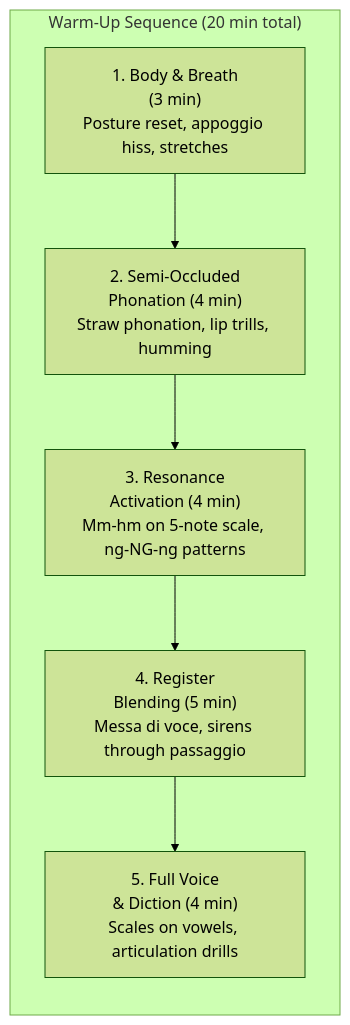
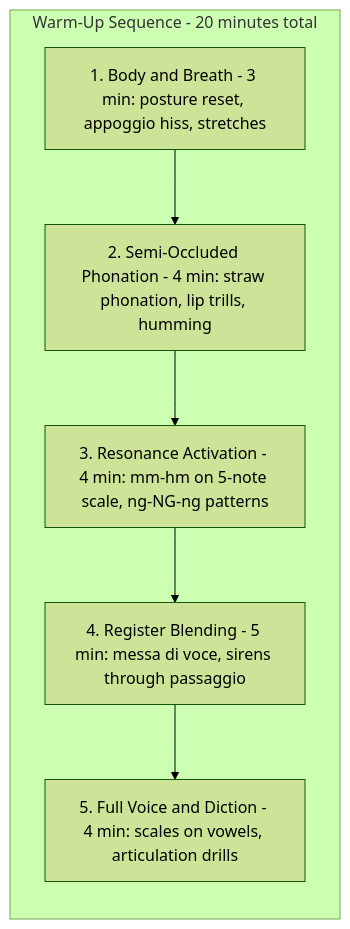
Before and after one commit to blebleblee/synapse: the second of 3 diagrams in topics/arts/music_performance/vocals/lesson_04_repertoire_and_style.md, drawn with Mermaid (forest theme). The commit also changed other lines of this file and 4 other files, not shown here.

````diff
--- a/topics/arts/music_performance/vocals/lesson_04_repertoire_and_style.md
+++ b/topics/arts/music_performance/vocals/lesson_04_repertoire_and_style.md
@@ -209,11 +200,11 @@
 ```mermaid
 graph LR
-    subgraph sub_warmup ["Warm-Up Sequence (20 min total)"]
-        A["1. Body & Breath\n(3 min)\nPosture reset, appoggio hiss, stretches"]
-        B["2. Semi-Occluded\nPhonation (4 min)\nStraw phonation, lip trills, humming"]
-        C["3. Resonance\nActivation (4 min)\nMm-hm on 5-note scale, ng-NG-ng patterns"]
-        D["4. Register\nBlending (5 min)\nMessa di voce, sirens through passaggio"]
-        E["5. Full Voice\n& Diction (4 min)\nScales on vowels, articulation drills"]
+    subgraph sub_warmup ["Warm-Up Sequence - 20 minutes total"]
+        A["1. Body and Breath - 3 min: posture reset, appoggio hiss, stretches"]
+        B["2. Semi-Occluded Phonation - 4 min: straw phonation, lip trills, humming"]
+        C["3. Resonance Activation - 4 min: mm-hm on 5-note scale, ng-NG-ng patterns"]
+        D["4. Register Blending - 5 min: messa di voce, sirens through passaggio"]
+        E["5. Full Voice and Diction - 4 min: scales on vowels, articulation drills"]
         A --> B --> C --> D --> E
     end
 ```
````
